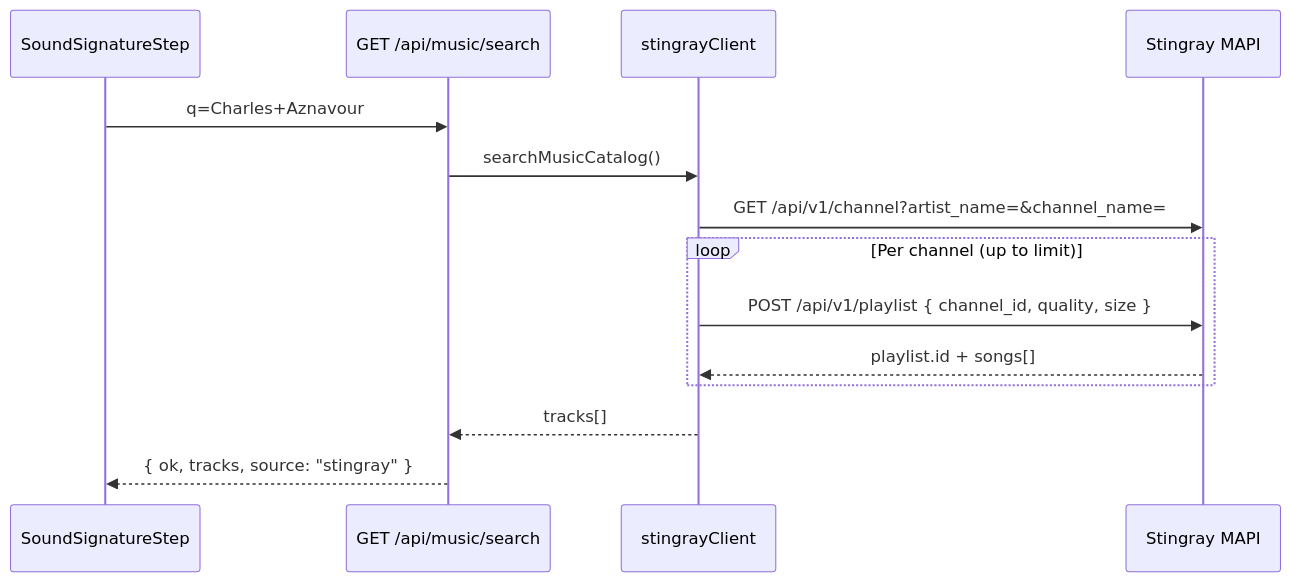
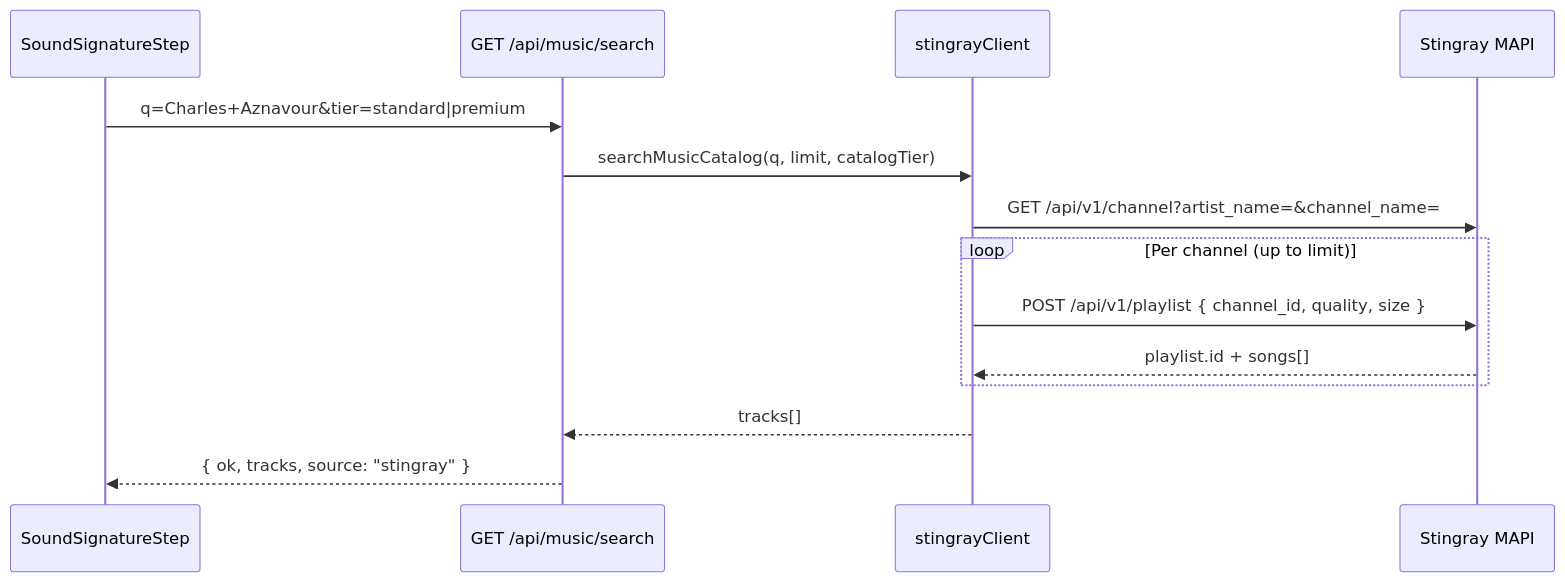
The diagram in docs/STINGRAY_MUSIC_INTEGRATION.md (Lyra-OD/odyssey-web), drawn with Mermaid before and after one commit. The commit also changed other lines of this file and 14 other files, not shown here.

Commit message:
feat: implement economic bundle strategy, premium music tiers, and update architecture docs

````diff
--- a/docs/STINGRAY_MUSIC_INTEGRATION.md
+++ b/docs/STINGRAY_MUSIC_INTEGRATION.md
@@ -58,17 +59,17 @@
 ```mermaid
 sequenceDiagram
   participant UI as SoundSignatureStep
   participant Search as GET /api/music/search
   participant Client as stingrayClient
   participant MAPI as Stingray MAPI
 
-  UI->>Search: q=Charles+Aznavour
-  Search->>Client: searchMusicCatalog()
+  UI->>Search: q=Charles+Aznavour&tier=standard|premium
+  Search->>Client: searchMusicCatalog(q, limit, catalogTier)
   Client->>MAPI: GET /api/v1/channel?artist_name=&channel_name=
   loop Per channel (up to limit)
     Client->>MAPI: POST /api/v1/playlist { channel_id, quality, size }
     MAPI-->>Client: playlist.id + songs[]
   end
   Client-->>Search: tracks[]
   Search-->>UI: { ok, tracks, source: "stingray" }
 ```
````
